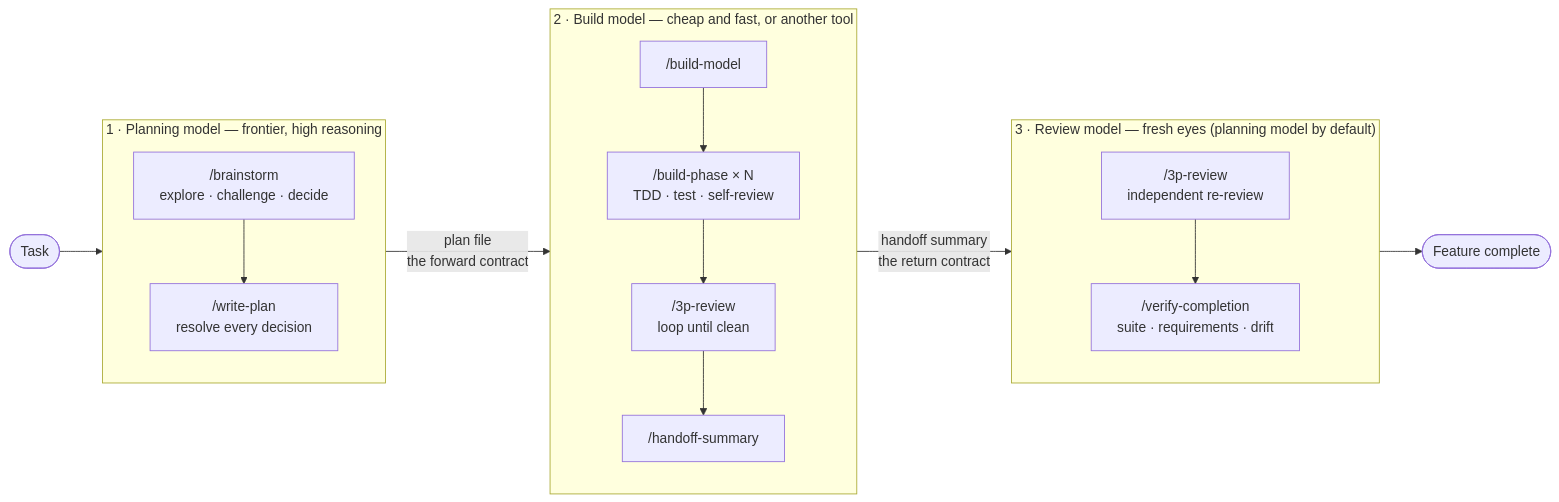
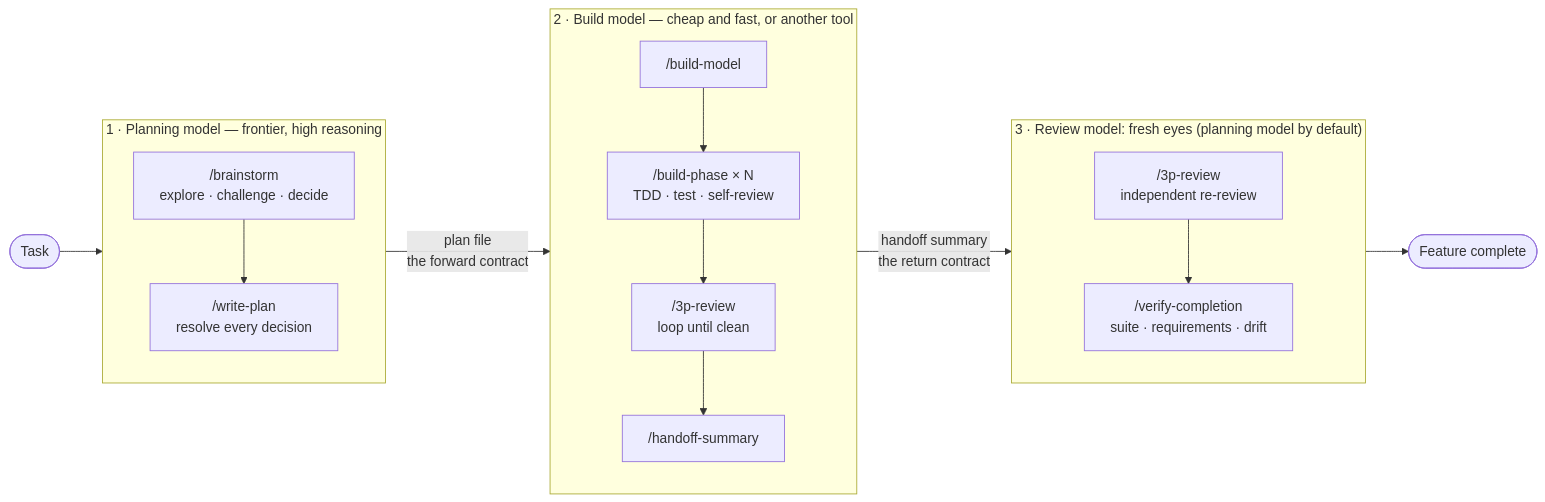
The diagram in docs/multi-model.md (nikhilw/structured-agentic-workflow), drawn with Mermaid before and after one commit. The commit also changed 21 other files, not shown here.

````diff
--- a/docs/multi-model.md
+++ b/docs/multi-model.md
@@ -75,27 +75,27 @@
 ```mermaid
 flowchart LR
     Start([Task]) --> P
 
     subgraph P ["1 · Planning model — frontier, high reasoning"]
         direction TB
         P1["/brainstorm<br/>explore · challenge · decide"] --> P2["/write-plan<br/>resolve every decision"]
     end
 
     P -->|"plan file<br/>the forward contract"| B
 
     subgraph B ["2 · Build model — cheap and fast, or another tool"]
         direction TB
         B1["/build-model"] --> B2["/build-phase × N<br/>TDD · test · self-review"]
         B2 --> B3["/3p-review<br/>loop until clean"]
         B3 --> B4["/handoff-summary"]
     end
 
     B -->|"handoff summary<br/>the return contract"| R
 
-    subgraph R ["3 · Review model — fresh eyes (planning model by default)"]
+    subgraph R ["3 · Review model: fresh eyes (planning model by default)"]
         direction TB
         R1["/3p-review<br/>independent re-review"] --> R2["/verify-completion<br/>suite · requirements · drift"]
     end
 
     R --> Done([Feature complete])
 ```
````
